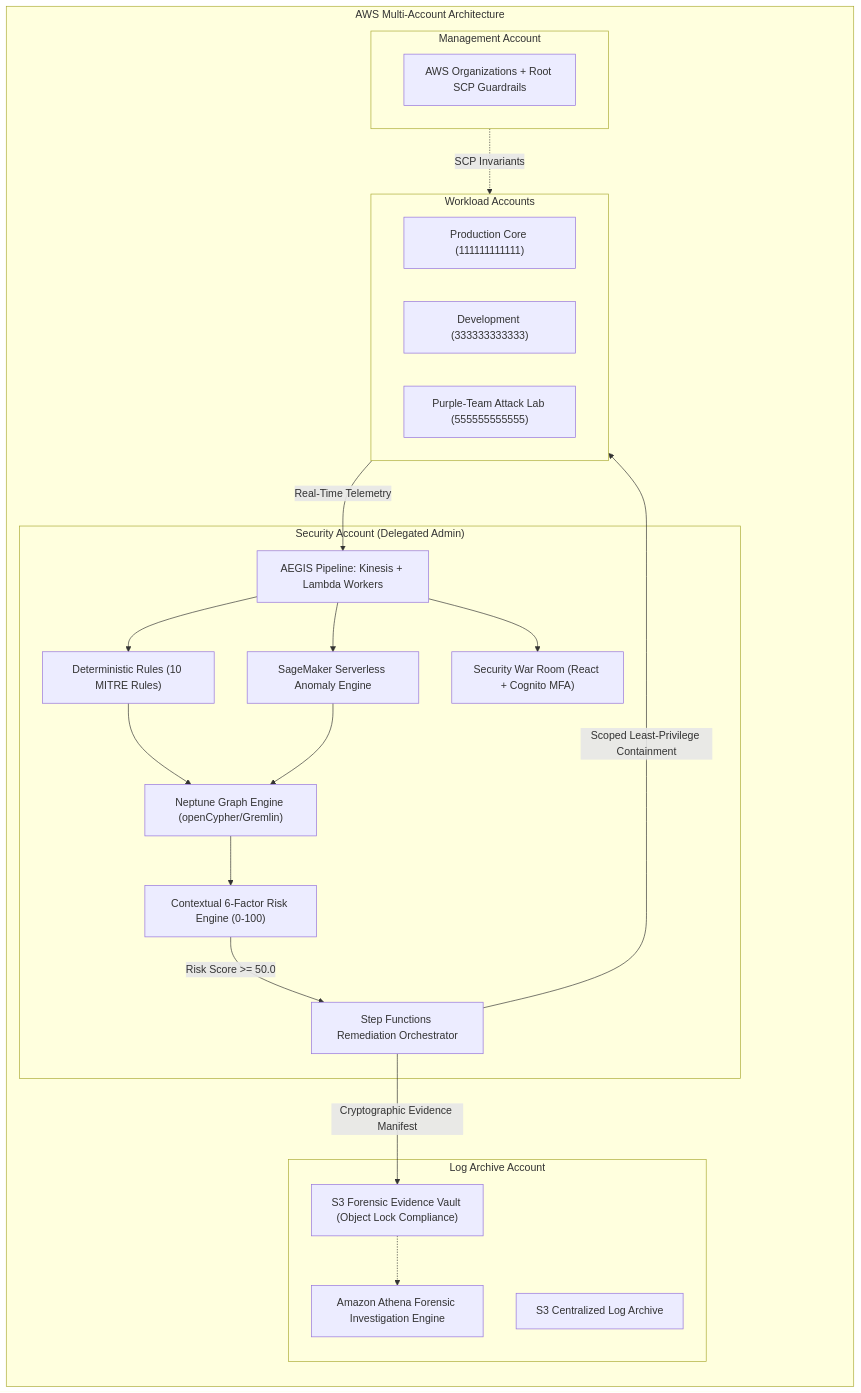
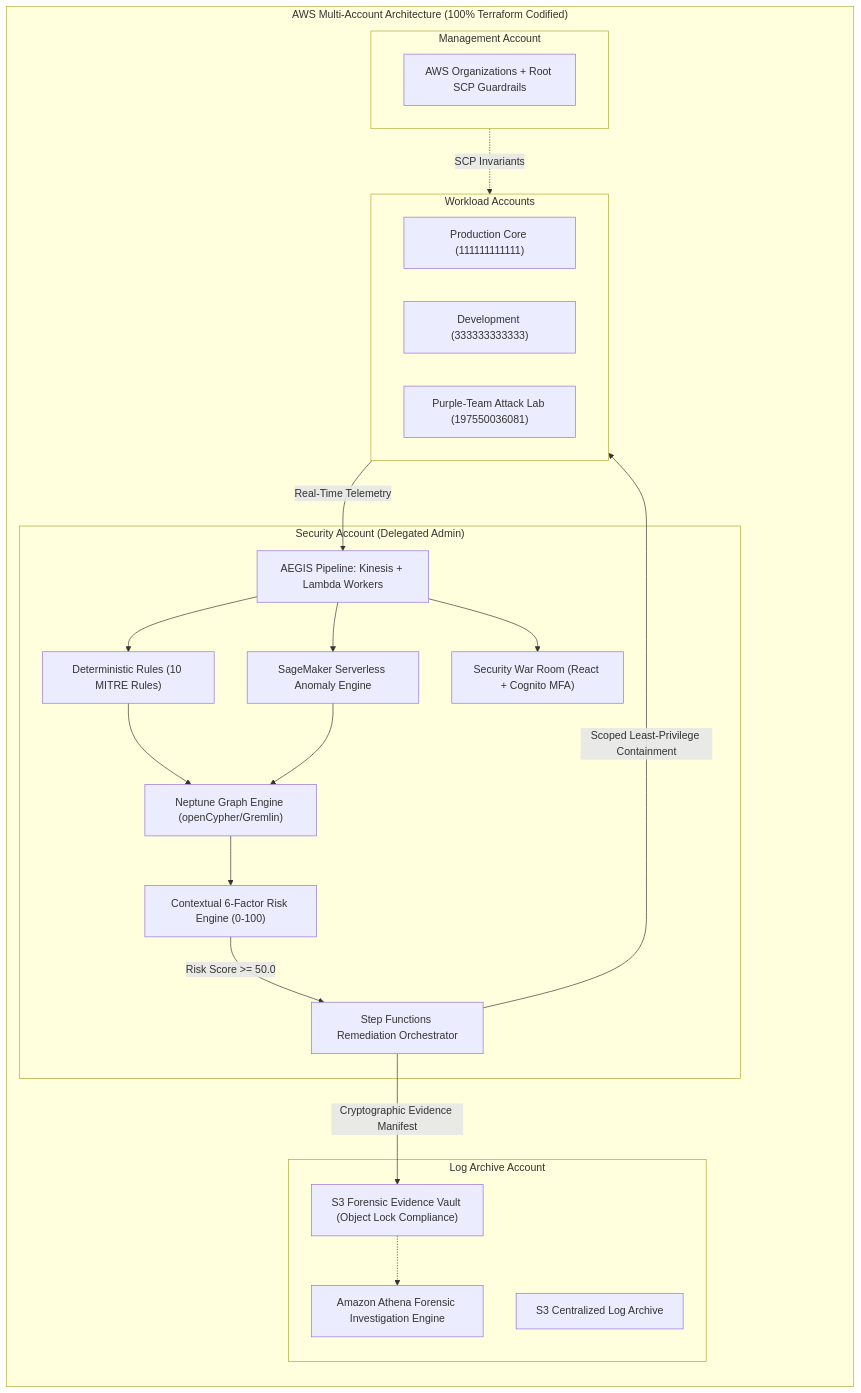
Before and after one commit to ShyamD2/aegis-cloud-security: the diagram in README.md, drawn with Mermaid. The commit also changed other lines of this file and 20 other files, not shown here.

Commit message:
docs: add official project report, visual evidence screenshots, and IaC architecture highlights

````diff
--- a/README.md
+++ b/README.md
@@ -21,39 +34,39 @@
 ```mermaid
 flowchart TB
-    subgraph MultiAccount["AWS Multi-Account Architecture"]
+    subgraph MultiAccount["AWS Multi-Account Architecture (100% Terraform Codified)"]
         direction TB
         subgraph Mgmt["Management Account"]
             Organizations["AWS Organizations + Root SCP Guardrails"]
         end
         subgraph Sec["Security Account (Delegated Admin)"]
             AEGISCore["AEGIS Pipeline: Kinesis + Lambda Workers"]
             RulesEngine["Deterministic Rules (10 MITRE Rules)"]
             MLAnomaly["SageMaker Serverless Anomaly Engine"]
             NeptuneGraph["Neptune Graph Engine (openCypher/Gremlin)"]
             RiskEngine["Contextual 6-Factor Risk Engine (0-100)"]
             StepFunctions["Step Functions Remediation Orchestrator"]
             WarRoom["Security War Room (React + Cognito MFA)"]
         end
         subgraph LogArch["Log Archive Account"]
             S3Central["S3 Centralized Log Archive"]
             S3Vault["S3 Forensic Evidence Vault (Object Lock Compliance)"]
             Athena["Amazon Athena Forensic Investigation Engine"]
         end
         subgraph Workloads["Workload Accounts"]
             Prod["Production Core (111111111111)"]
             Dev["Development (333333333333)"]
-            Lab["Purple-Team Attack Lab (555555555555)"]
+            Lab["Purple-Team Attack Lab (197550036081)"]
         end
     end
 
     Workloads -->|Real-Time Telemetry| AEGISCore
     AEGISCore --> RulesEngine & MLAnomaly
     RulesEngine & MLAnomaly --> NeptuneGraph
     NeptuneGraph --> RiskEngine
     RiskEngine -->|"Risk Score >= 50.0"| StepFunctions
     StepFunctions -->|Scoped Least-Privilege Containment| Workloads
     StepFunctions -->|Cryptographic Evidence Manifest| S3Vault
     S3Vault -.-> Athena
     AEGISCore --> WarRoom
     Mgmt -.->|SCP Invariants| Workloads
 ```
````
